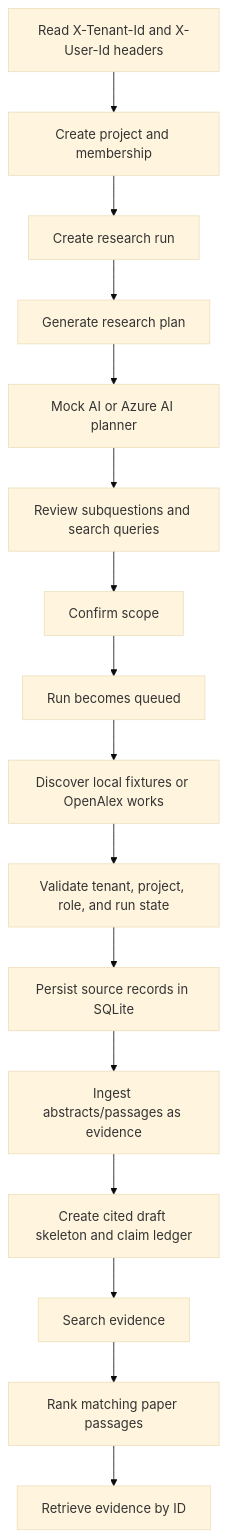
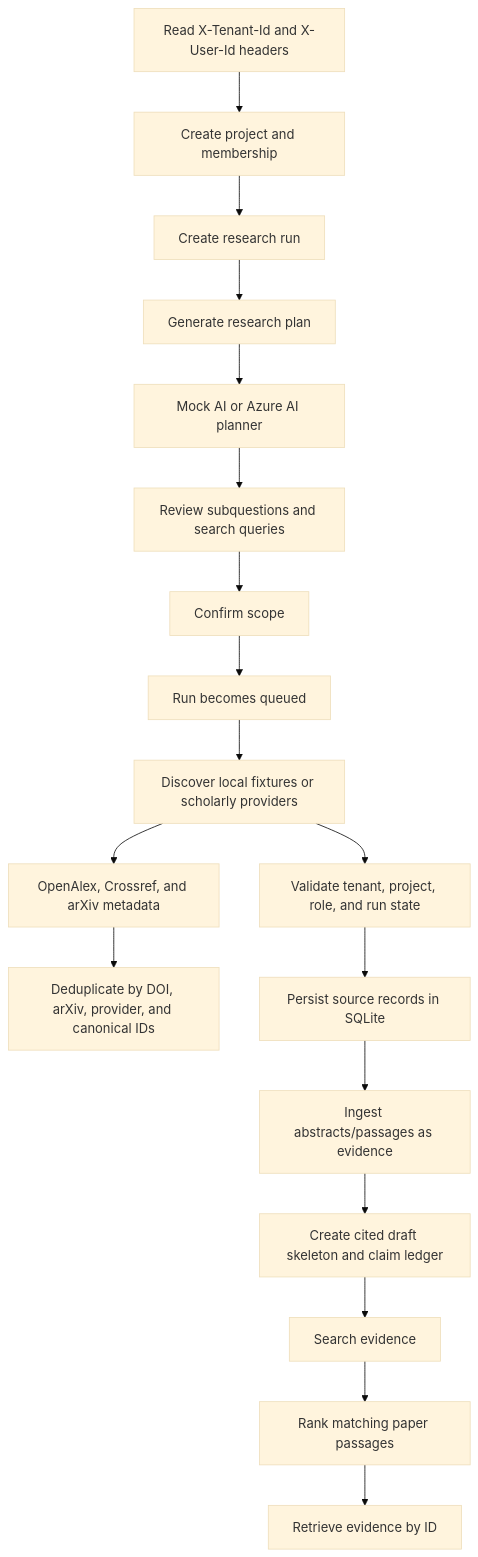
One commit to taza1/regula changed the diagram in research_system/PROJECT_FLOW.md. Above: the diagram before and after it, drawn with Mermaid (base theme). The commit also changed other lines of this file and 10 other files, not shown here.

````diff
--- a/research_system/PROJECT_FLOW.md
+++ b/research_system/PROJECT_FLOW.md
@@ -5,18 +5,20 @@
 ```mermaid
 flowchart TD
     A[Read X-Tenant-Id and X-User-Id headers] --> B[Create project and membership]
     B --> C[Create research run]
     C --> D[Generate research plan]
     D --> E[Mock AI or Azure AI planner]
     E --> F[Review subquestions and search queries]
     F --> G[Confirm scope]
     G --> H[Run becomes queued]
-    H --> I[Discover local fixtures or OpenAlex works]
+    H --> I[Discover local fixtures or scholarly providers]
+    I --> I2[OpenAlex, Crossref, and arXiv metadata]
+    I2 --> I3[Deduplicate by DOI, arXiv, provider, and canonical IDs]
     I --> J[Validate tenant, project, role, and run state]
     J --> K[Persist source records in SQLite]
     K --> L[Ingest abstracts/passages as evidence]
     L --> M[Create cited draft skeleton and claim ledger]
     M --> N[Search evidence]
     N --> O[Rank matching paper passages]
     O --> P[Retrieve evidence by ID]
 ```
````
